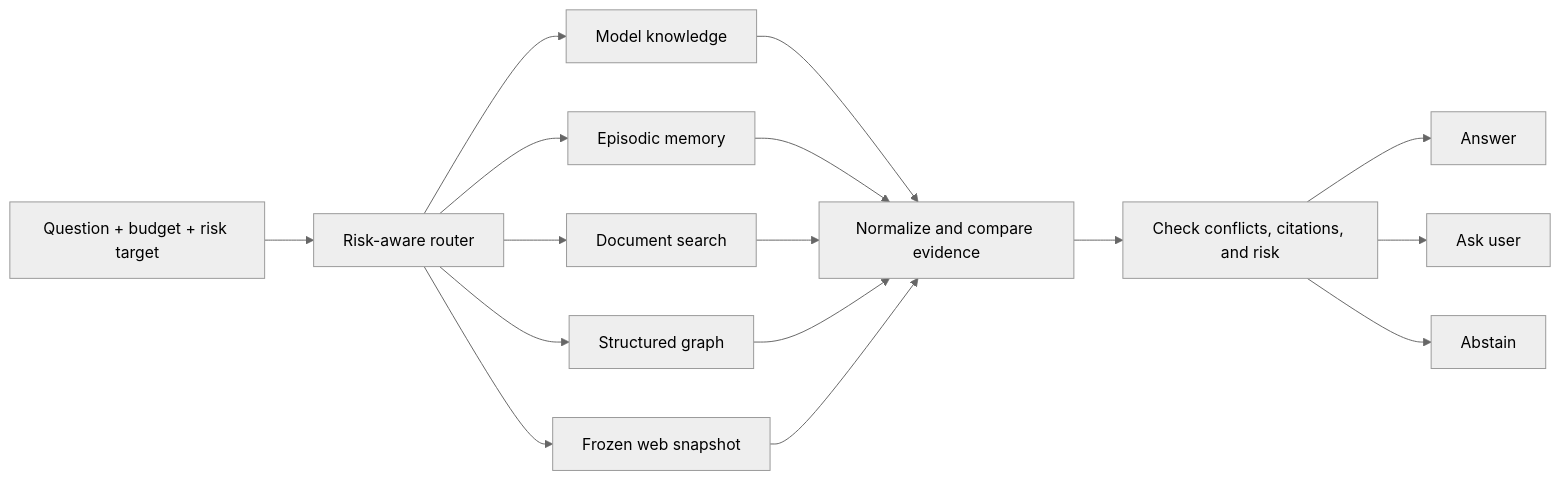
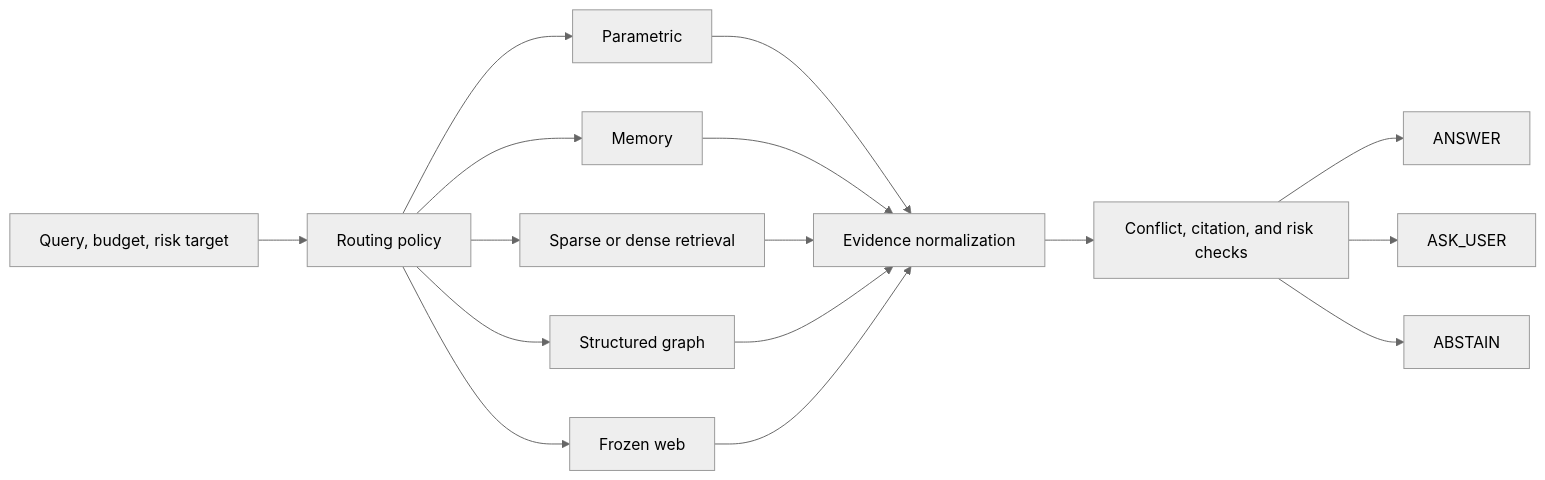
Before and after one commit to pxnkit/evidroute: the diagram in README.md, drawn with Mermaid (neutral theme). The commit also changed other lines of this file, not shown here.

````diff
--- a/README.md
+++ b/README.md
@@ -40,18 +34,18 @@
 ```mermaid
 flowchart LR
-    Q["Question + budget + risk target"] --> R["Risk-aware router"]
-    R --> P["Model knowledge"]
-    R --> M["Episodic memory"]
-    R --> D["Document search"]
+    Q["Query, budget, risk target"] --> R["Routing policy"]
+    R --> P["Parametric"]
+    R --> M["Memory"]
+    R --> S["Sparse or dense retrieval"]
     R --> G["Structured graph"]
-    R --> W["Frozen web snapshot"]
-    P --> E["Normalize and compare evidence"]
+    R --> W["Frozen web"]
+    P --> E["Evidence normalization"]
     M --> E
-    D --> E
+    S --> E
     G --> E
     W --> E
-    E --> C["Check conflicts, citations, and risk"]
-    C --> A["Answer"]
-    C --> U["Ask user"]
-    C --> X["Abstain"]
+    E --> C["Conflict, citation, and risk checks"]
+    C --> A["ANSWER"]
+    C --> U["ASK_USER"]
+    C --> X["ABSTAIN"]
 ```
````
